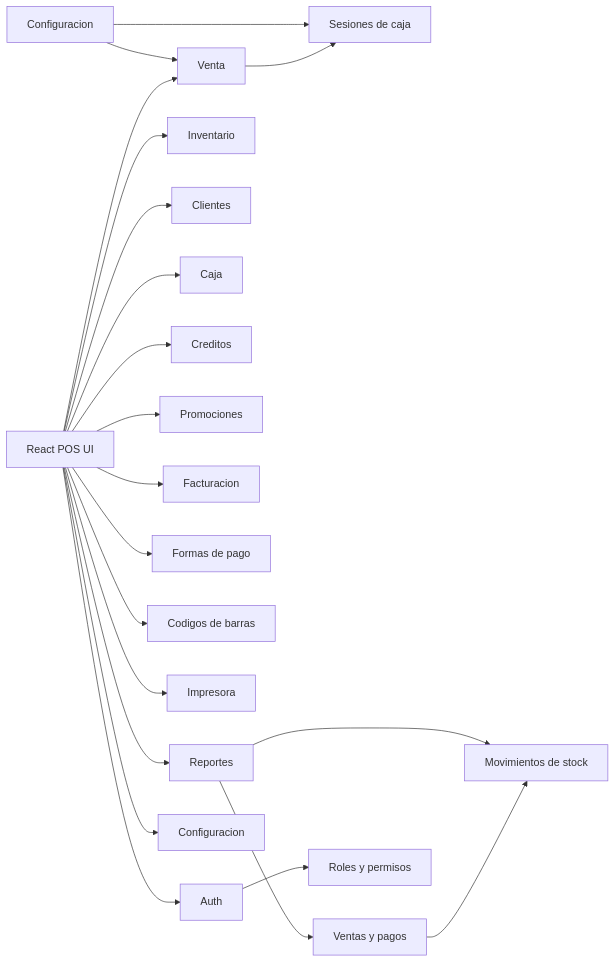
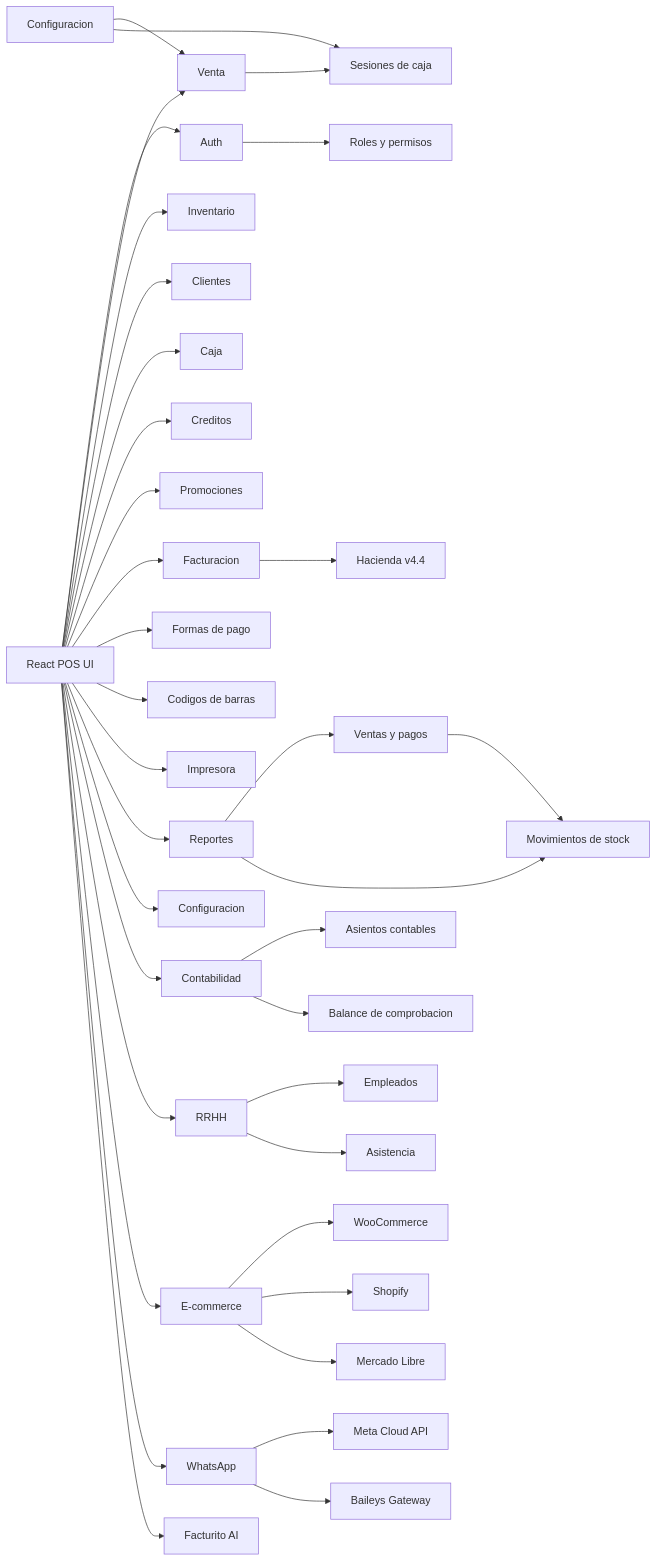
The diagram in docs/ARCHITECTURE.md (Shoropio/punto-de-venta), drawn with Mermaid before and after one commit. The commit also changed other lines of this file and 3 other files, not shown here.

Commit message:
docs: actualizar README, ARCHITECTURE, HACIENDA y crear CHANGELOG

````diff
--- a/docs/ARCHITECTURE.md
+++ b/docs/ARCHITECTURE.md
@@ -16,23 +21,38 @@
 ```mermaid
 flowchart LR
   UI["React POS UI"] --> Auth["Auth"]
   UI --> POS["Venta"]
   UI --> Inventory["Inventario"]
   UI --> Customers["Clientes"]
   UI --> Cash["Caja"]
   UI --> Credit["Creditos"]
   UI --> Promotions["Promociones"]
   UI --> Invoices["Facturacion"]
   UI --> Payments["Formas de pago"]
   UI --> Barcodes["Codigos de barras"]
   UI --> Printer["Impresora"]
   UI --> Reports["Reportes"]
   UI --> Settings["Configuracion"]
+  UI --> Accounting["Contabilidad"]
+  UI --> HR["RRHH"]
+  UI --> Ecommerce["E-commerce"]
+  UI --> WhatsApp["WhatsApp"]
+  UI --> Facturito["Facturito AI"]
   POS --> CashSessions["Sesiones de caja"]
   Sales["Ventas y pagos"] --> Stock["Movimientos de stock"]
+  Invoices --> Hacienda["Hacienda v4.4"]
   Reports --> Sales
   Reports --> Stock
   Auth --> Roles["Roles y permisos"]
   Config["Configuracion"] --> POS
   Config --> CashSessions
+  Accounting --> Journal["Asientos contables"]
+  Accounting --> TrialBalance["Balance de comprobacion"]
+  HR --> Employees["Empleados"]
+  HR --> Attendance["Asistencia"]
+  Ecommerce --> WooCommerce["WooCommerce"]
+  Ecommerce --> Shopify["Shopify"]
+  Ecommerce --> MercadoLibre["Mercado Libre"]
+  WhatsApp --> MetaAPI["Meta Cloud API"]
+  WhatsApp --> Baileys["Baileys Gateway"]
 ```
````
